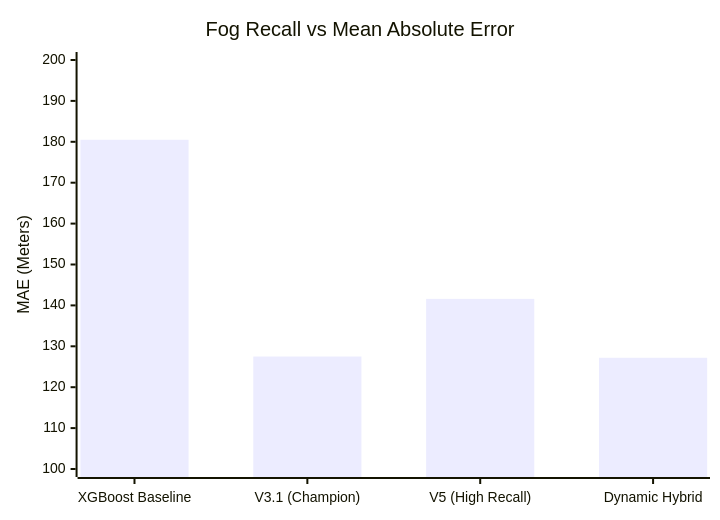
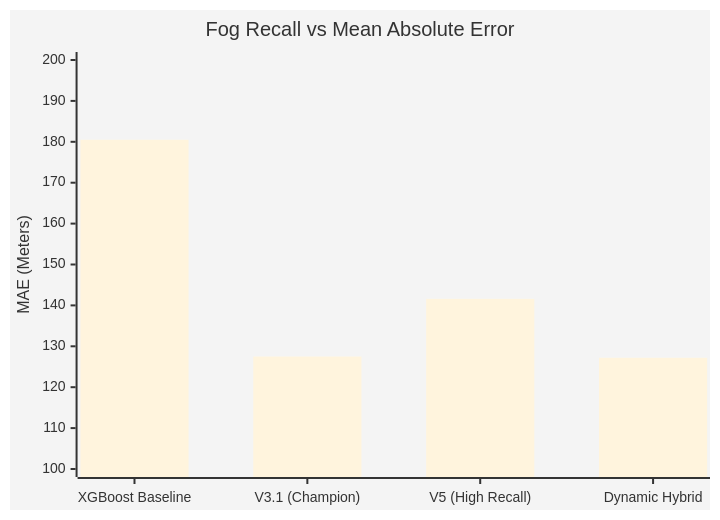
Before and after one commit to Alwyndev/igi_RVR_forecast: the fourth of 4 diagrams in REPORT_DIAGRAMS.md, drawn with Mermaid. The commit also changed other lines of this file, not shown here.

````diff
--- a/REPORT_DIAGRAMS.md
+++ b/REPORT_DIAGRAMS.md
@@ -114,8 +121,9 @@
 ```mermaid
+%%{init: {'theme': 'base', 'themeVariables': { 'fontSize': '18px', 'fontFamily': 'arial'}}}%%
 xychart-beta
     title "Fog Recall vs Mean Absolute Error"
     x-axis ["XGBoost Baseline", "V3.1 (Champion)", "V5 (High Recall)", "Dynamic Hybrid"]
     y-axis "MAE (Meters)" 100 --> 200
     bar [180.5, 127.5, 141.6, 127.2]
     line [2.8, 27.1, 32.8, 29.8]
 ```
````
